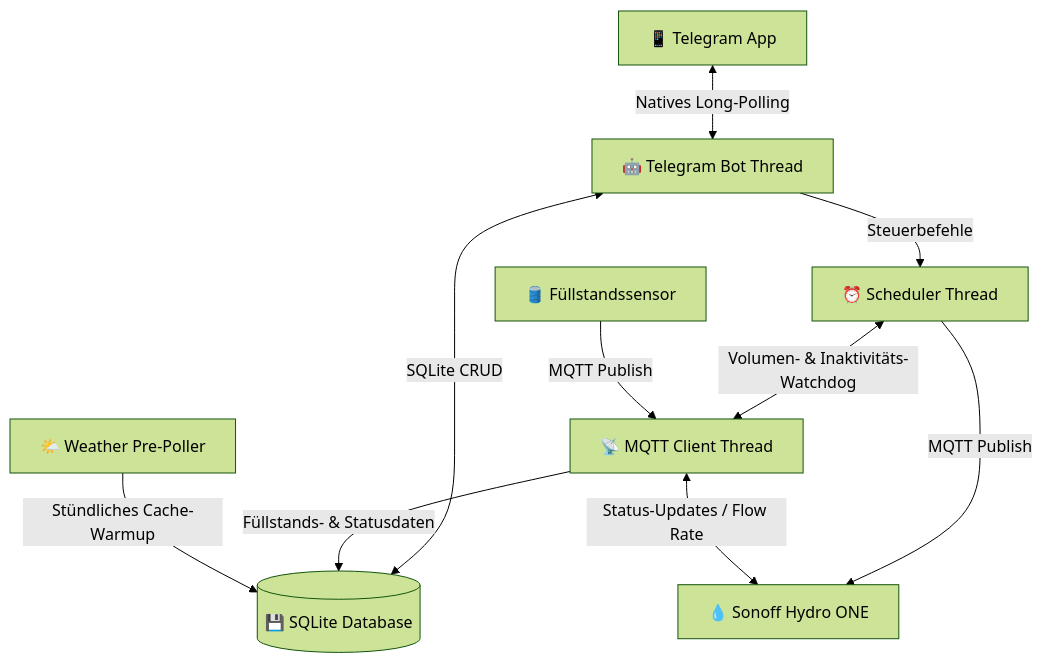
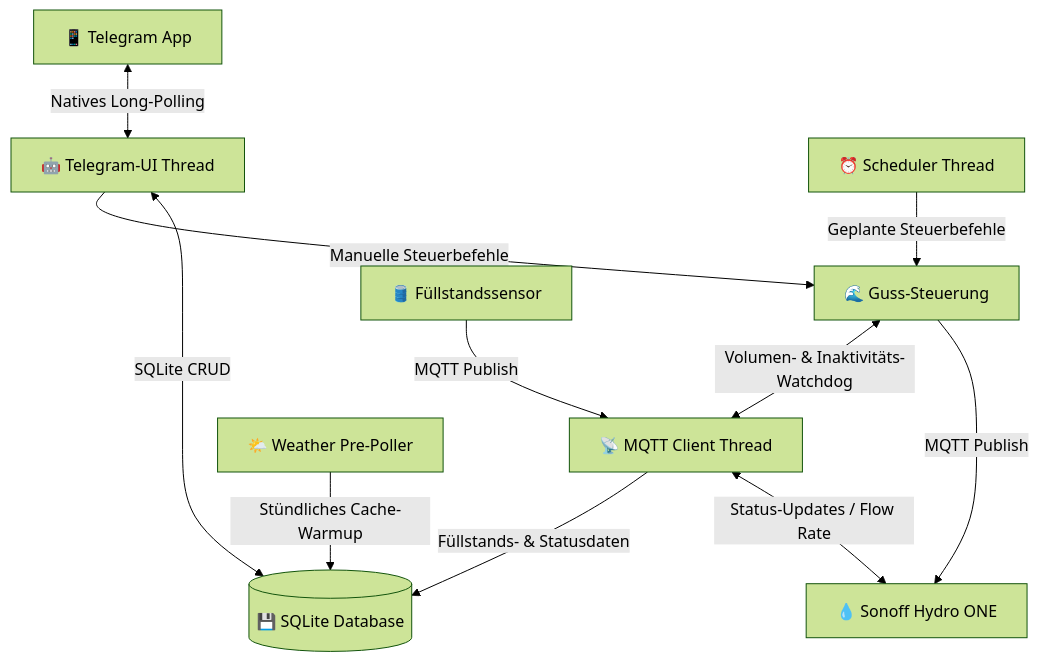
The diagram in README.md (g41nxe/telegram-GartenBot), drawn with Mermaid (forest theme) before and after one commit. The commit also changed other lines of this file and 1 other file, not shown here.

Commit message:
docs: README und CLAUDE.md nach 0010-Refactoring aktualisiert
- telegram_bot.py aus Verzeichnisstruktur entfernt (Modul gelöscht)
- Mermaid-Diagramm: Bot -> Guss-Steuerung direkt (Fassade aufgelöst)
- telegram_ui.py-Beschreibung auf tatsächlichen Funktionsumfang angepasst

````diff
--- a/README.md
+++ b/README.md
@@ -26,12 +26,13 @@
 ```mermaid
 graph TD
-    User[📱 Telegram App] <-->|Natives Long-Polling| Bot[🤖 Telegram Bot Thread]
+    User[📱 Telegram App] <-->|Natives Long-Polling| Bot[🤖 Telegram-UI Thread]
     Bot <-->|SQLite CRUD| DB[(💾 SQLite Database)]
-    Bot -->|Steuerbefehle| Scheduler[⏰ Scheduler Thread]
-    Scheduler -->|MQTT Publish| Valve[💧 Sonoff Hydro ONE]
-    Scheduler <-->|Volumen- & Inaktivitäts-Watchdog| MQTT[📡 MQTT Client Thread]
+    Bot -->|Manuelle Steuerbefehle| Ctrl[🌊 Guss-Steuerung]
+    Scheduler[⏰ Scheduler Thread] -->|Geplante Steuerbefehle| Ctrl
+    Ctrl -->|MQTT Publish| Valve[💧 Sonoff Hydro ONE]
+    Ctrl <-->|Volumen- & Inaktivitäts-Watchdog| MQTT[📡 MQTT Client Thread]
     MQTT <-->|Status-Updates / Flow Rate| Valve
     MQTT -->|Füllstands- & Statusdaten| DB
     Sensor[🛢️ Füllstandssensor] -->|MQTT Publish| MQTT
     Weather[🌤️ Weather Pre-Poller] -->|Stündliches Cache-Warmup| DB
 ```
````
